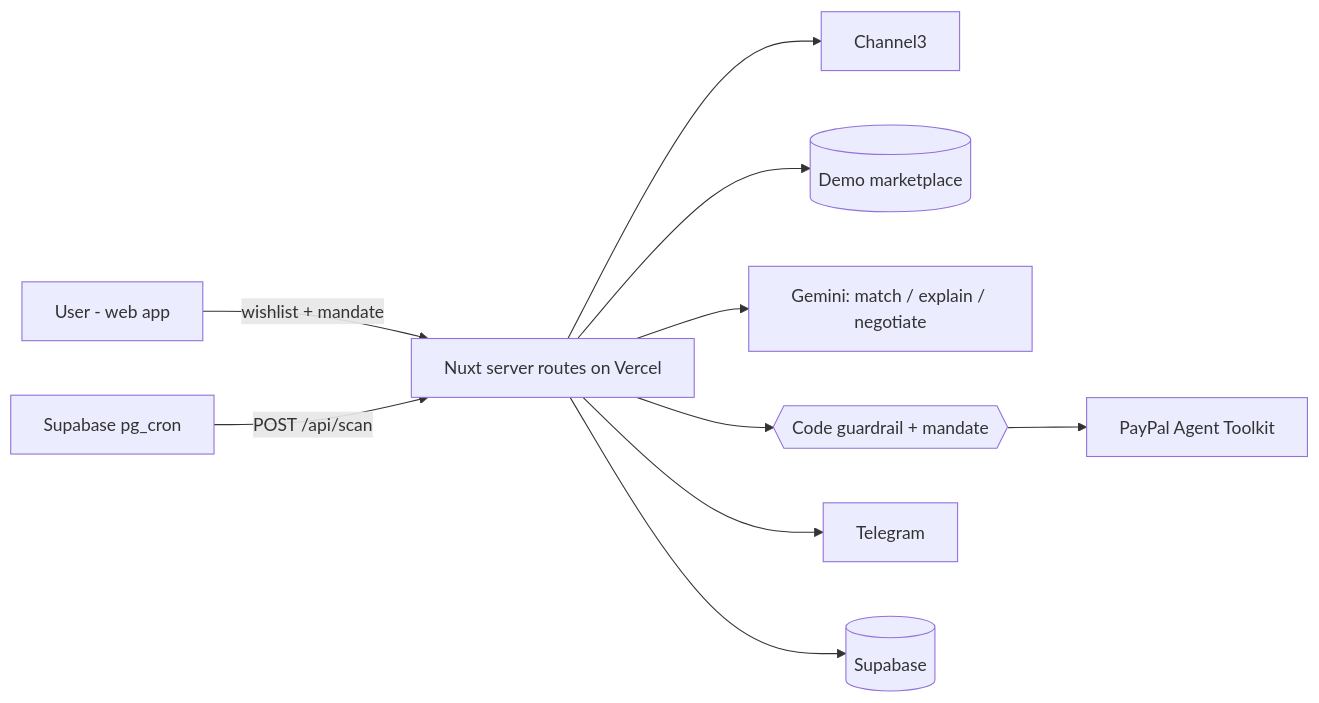
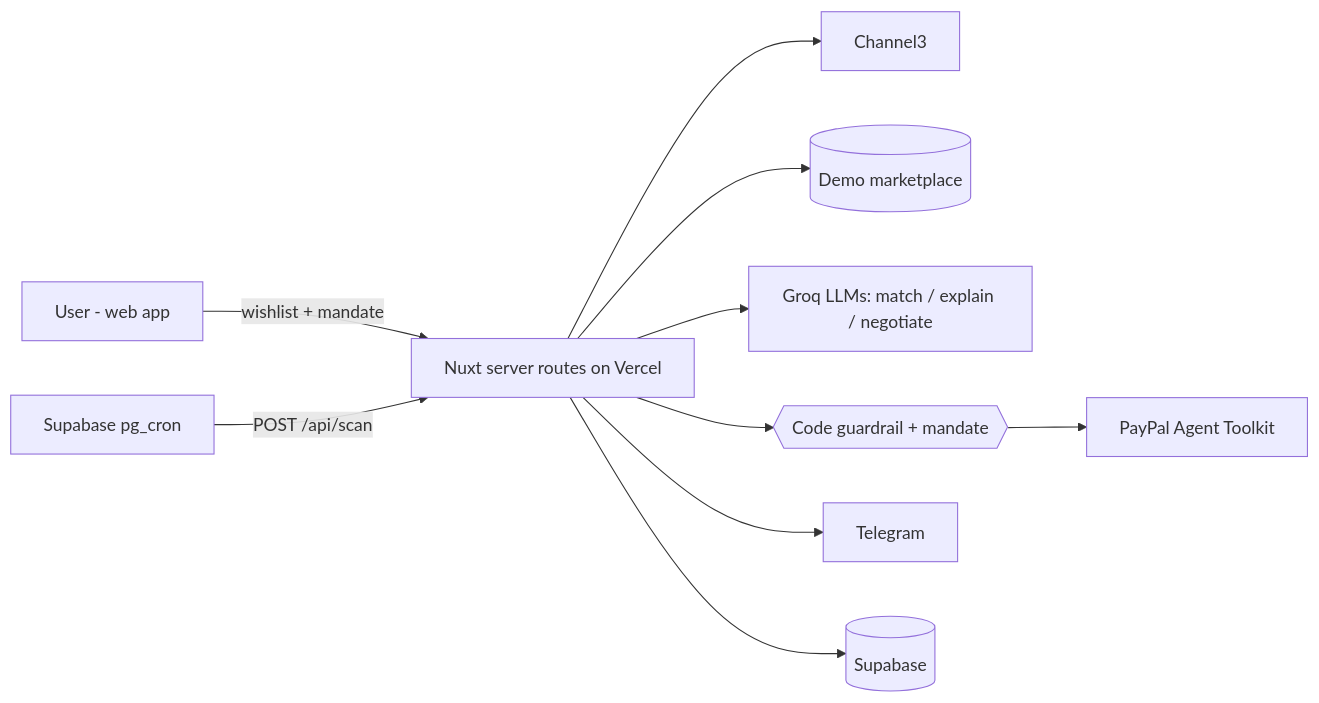
The diagram in README.md (Cirdna/PayPALS), drawn with Mermaid before and after one commit. The commit also changed other lines of this file and 21 other files, not shown here.

````diff
--- a/README.md
+++ b/README.md
@@ -46,12 +46,12 @@
 ```mermaid
 flowchart LR
   U[User - web app] -->|wishlist + mandate| API[Nuxt server routes on Vercel]
   CRON[Supabase pg_cron] -->|POST /api/scan| API
   API --> C3[Channel3]
   API --> MP[(Demo marketplace)]
-  API --> AI[Gemini: match / explain / negotiate]
+  API --> AI[Groq LLMs: match / explain / negotiate]
   API --> G{{Code guardrail + mandate}}
   G --> PP[PayPal Agent Toolkit]
   API --> TG[Telegram]
   API --> DB[(Supabase)]
 ```
````
